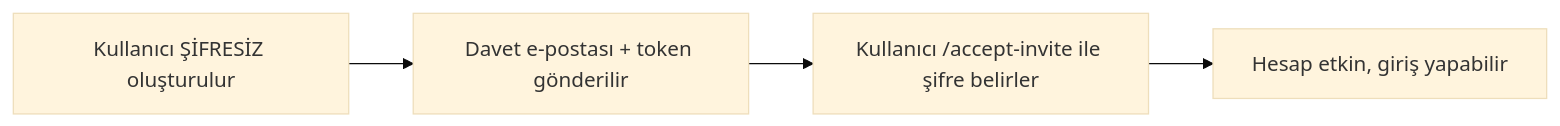
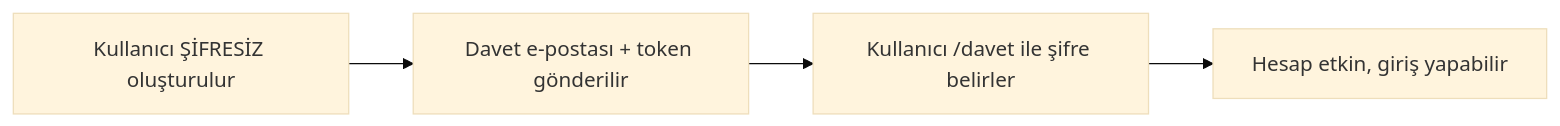
Before and after one commit to MuhammetSaitAkgunes/Ekipzen: the second of 2 diagrams in docs/rehberler/05-kimlik-ve-yetkilendirme.md, drawn with Mermaid (base theme). The commit also changed other lines of this file and 9 other files, not shown here.

````diff
--- a/docs/rehberler/05-kimlik-ve-yetkilendirme.md
+++ b/docs/rehberler/05-kimlik-ve-yetkilendirme.md
@@ -100,6 +100,6 @@
 ```mermaid
 flowchart LR
     A["Kullanıcı ŞİFRESİZ oluşturulur"] --> B["Davet e-postası + token gönderilir"]
-    B --> C["Kullanıcı /accept-invite ile şifre belirler"]
+    B --> C["Kullanıcı /davet ile şifre belirler"]
     C --> D["Hesap etkin, giriş yapabilir"]
 ```
````
